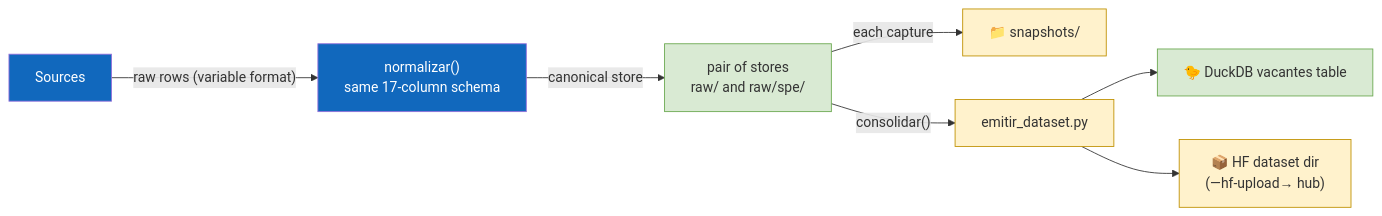
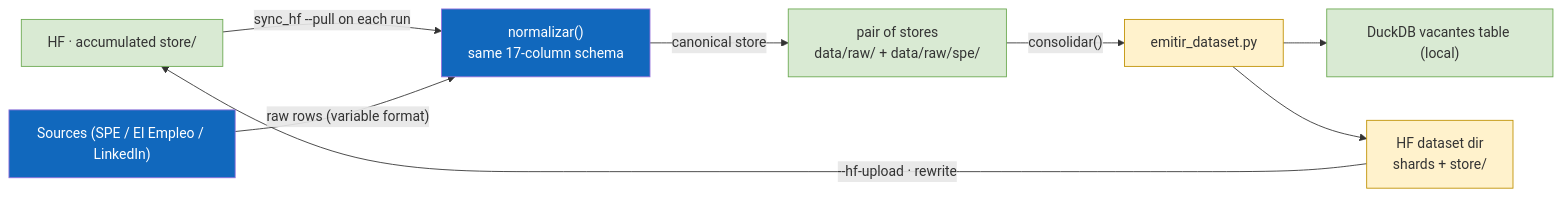
One commit to shalom-A26/SEXTANTE changed the fifth of 7 diagrams in docs/architecture.en.md. Above: the diagram before and after it, drawn with Mermaid. The commit also changed other lines of this file and 8 other files, not shown here.

````diff
--- a/docs/architecture.en.md
+++ b/docs/architecture.en.md
@@ -224,16 +244,17 @@
 ```mermaid
 flowchart LR
-    fuentes["Sources"] -->|"raw rows (variable format)"| norm["normalizar()<br/>same 17-column schema"]
-    norm -->|"canonical store"| stores["pair of stores<br/>raw/ and raw/spe/"]
-    stores -->|"each capture"| snap["📁 snapshots/"]
+    hub["HF · accumulated store/"] -->|"sync_hf --pull on each run"| norm["normalizar()<br/>same 17-column schema"]
+    sources["Sources (SPE / El Empleo / LinkedIn)"] -->|"raw rows (variable format)"| norm
+    norm -->|"canonical store"| stores["pair of stores<br/>data/raw/ + data/raw/spe/"]
     stores -->|"consolidar()"| emit["emitir_dataset.py"]
-    emit --> duck["🐤 DuckDB vacantes table"]
-    emit --> hf["📦 HF dataset dir<br/>(—hf-upload→ hub)"]
+    emit --> duck["DuckDB vacantes table (local)"]
+    emit --> hfdir["HF dataset dir<br/>shards + store/"]
+    hfdir -->|"--hf-upload · rewrite"| hub
 
     classDef d1 fill:#1168bd,color:#fff;
     classDef d2 fill:#d9ead3,stroke:#6aa84f;
     classDef d3 fill:#fff2cc,stroke:#bf9000;
-    class fuentes,norm d1;
-    class stores,duck d2;
-    class snap,emit,hf d3;
+    class sources,norm d1;
+    class stores,duck,hub d2;
+    class emit,hfdir d3;
 ```
````
